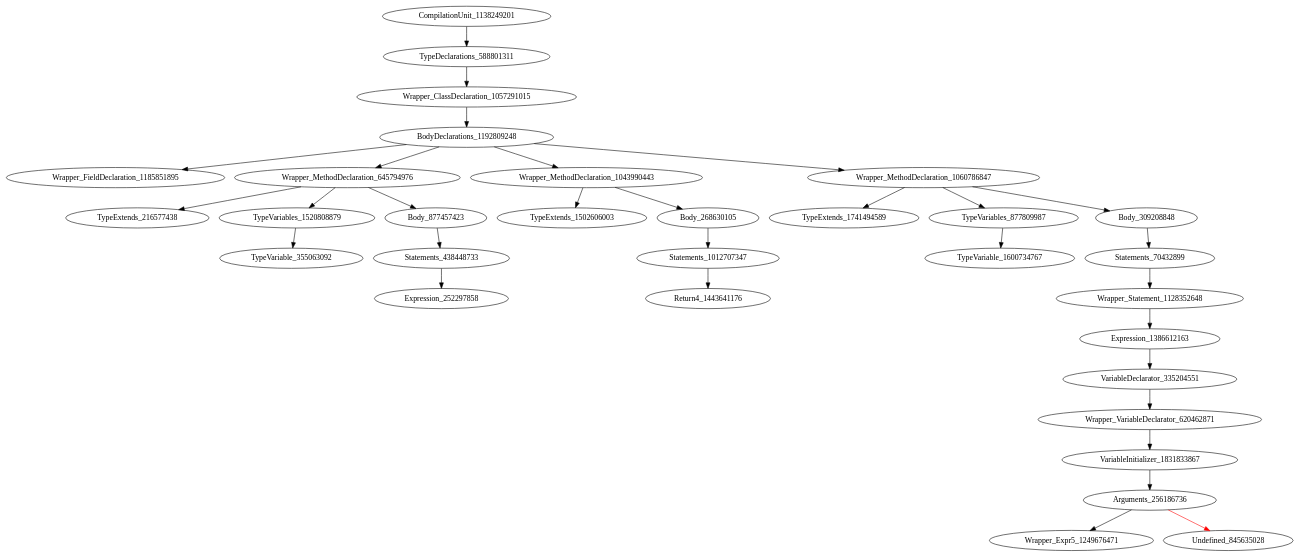
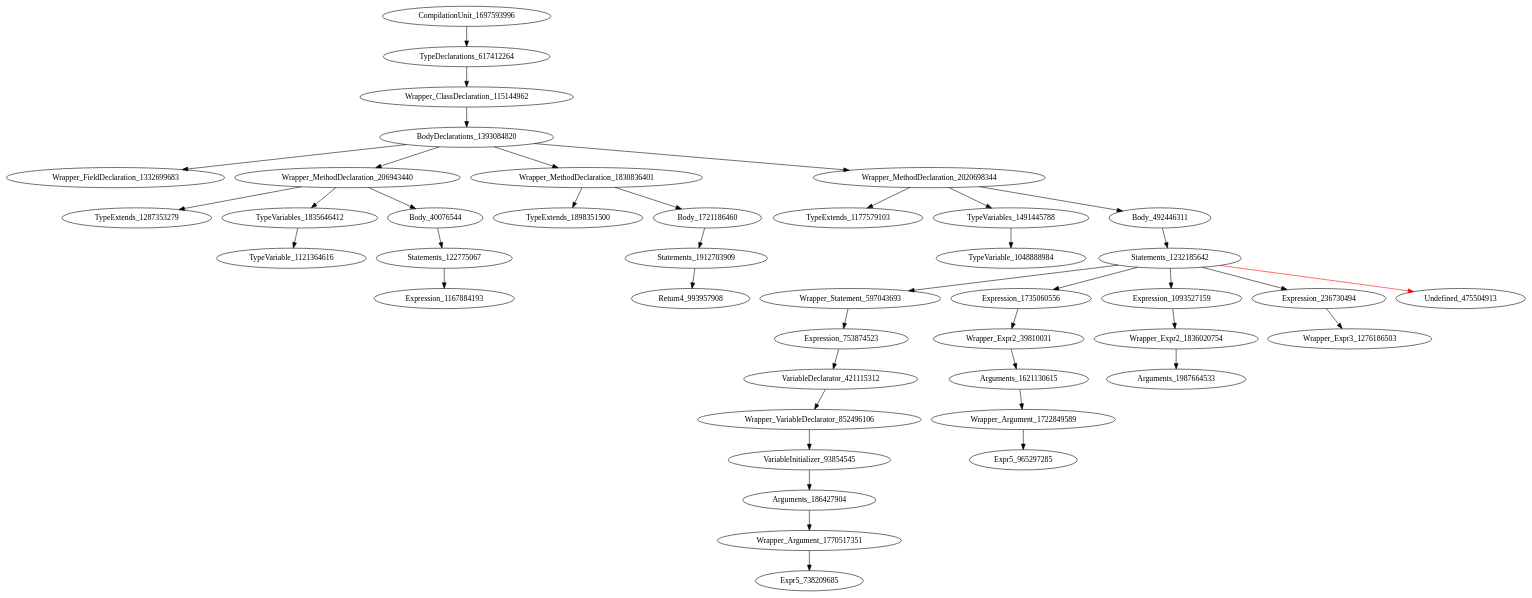
Before and after one commit to icse2023material/VoiceJava: the diagram in holeAST.dot, drawn with Graphviz. The commit also changed 10 other files, not shown here.

Commit message:
[refactor] of return2 expr2 support _ [dot _]* [call _]+

```diff
--- a/holeAST.dot
+++ b/holeAST.dot
@@ -1,32 +1,43 @@
 digraph {
-CompilationUnit_1138249201 -> TypeDeclarations_588801311
-TypeDeclarations_588801311 -> Wrapper_ClassDeclaration_1057291015
-Wrapper_ClassDeclaration_1057291015 -> BodyDeclarations_1192809248
-BodyDeclarations_1192809248 -> Wrapper_FieldDeclaration_1185851895
-BodyDeclarations_1192809248 -> Wrapper_MethodDeclaration_645794976
-BodyDeclarations_1192809248 -> Wrapper_MethodDeclaration_1043990443
-BodyDeclarations_1192809248 -> Wrapper_MethodDeclaration_1060786847
-Wrapper_MethodDeclaration_645794976 -> TypeExtends_216577438
-Wrapper_MethodDeclaration_645794976 -> TypeVariables_1520808879
-Wrapper_MethodDeclaration_645794976 -> Body_877457423
-Wrapper_MethodDeclaration_1043990443 -> TypeExtends_1502606003
-Wrapper_MethodDeclaration_1043990443 -> Body_268630105
-Wrapper_MethodDeclaration_1060786847 -> TypeExtends_1741494589
-Wrapper_MethodDeclaration_1060786847 -> TypeVariables_877809987
-Wrapper_MethodDeclaration_1060786847 -> Body_309208848
-TypeVariables_1520808879 -> TypeVariable_355063092
-Body_877457423 -> Statements_438448733
-Body_268630105 -> Statements_1012707347
-TypeVariables_877809987 -> TypeVariable_1600734767
-Body_309208848 -> Statements_70432899
-Statements_438448733 -> Expression_252297858
-Statements_1012707347 -> Return4_1443641176
-Statements_70432899 -> Wrapper_Statement_1128352648
-Wrapper_Statement_1128352648 -> Expression_1386612163
-Expression_1386612163 -> VariableDeclarator_335204551
-VariableDeclarator_335204551 -> Wrapper_VariableDeclarator_620462871
-Wrapper_VariableDeclarator_620462871 -> VariableInitializer_1831833867
-VariableInitializer_1831833867 -> Arguments_256186736
-Arguments_256186736 -> Wrapper_Expr5_1249676471
-Arguments_256186736 -> Undefined_845635028 [color = red] 
+CompilationUnit_1697593996 -> TypeDeclarations_617412264
+TypeDeclarations_617412264 -> Wrapper_ClassDeclaration_115144962
+Wrapper_ClassDeclaration_115144962 -> BodyDeclarations_1393084820
+BodyDeclarations_1393084820 -> Wrapper_FieldDeclaration_1332699683
+BodyDeclarations_1393084820 -> Wrapper_MethodDeclaration_206943440
+BodyDeclarations_1393084820 -> Wrapper_MethodDeclaration_1830836401
+BodyDeclarations_1393084820 -> Wrapper_MethodDeclaration_2020698344
+Wrapper_MethodDeclaration_206943440 -> TypeExtends_1287353279
+Wrapper_MethodDeclaration_206943440 -> TypeVariables_1835646412
+Wrapper_MethodDeclaration_206943440 -> Body_40076544
+Wrapper_MethodDeclaration_1830836401 -> TypeExtends_1898351500
+Wrapper_MethodDeclaration_1830836401 -> Body_1721186460
+Wrapper_MethodDeclaration_2020698344 -> TypeExtends_1177579103
+Wrapper_MethodDeclaration_2020698344 -> TypeVariables_1491445788
+Wrapper_MethodDeclaration_2020698344 -> Body_492446311
+TypeVariables_1835646412 -> TypeVariable_1121364616
+Body_40076544 -> Statements_122775067
+Body_1721186460 -> Statements_1912703909
+TypeVariables_1491445788 -> TypeVariable_1048888984
+Body_492446311 -> Statements_1232185642
+Statements_122775067 -> Expression_1167884193
+Statements_1912703909 -> Return4_993957908
+Statements_1232185642 -> Wrapper_Statement_597043693
+Statements_1232185642 -> Expression_1735060556
+Statements_1232185642 -> Expression_1093527159
+Statements_1232185642 -> Expression_236730494
+Statements_1232185642 -> Undefined_475504913 [color = red] 
+Wrapper_Statement_597043693 -> Expression_753874523
+Expression_1735060556 -> Wrapper_Expr2_39810031
+Expression_1093527159 -> Wrapper_Expr2_1836020754
+Expression_236730494 -> Wrapper_Expr3_1276186503
+Expression_753874523 -> VariableDeclarator_421115312
+Wrapper_Expr2_39810031 -> Arguments_1621130615
+Wrapper_Expr2_1836020754 -> Arguments_1987664533
+VariableDeclarator_421115312 -> Wrapper_VariableDeclarator_852496106
+Arguments_1621130615 -> Wrapper_Argument_1722849589
+Wrapper_VariableDeclarator_852496106 -> VariableInitializer_93854545
+Wrapper_Argument_1722849589 -> Expr5_965297285
+VariableInitializer_93854545 -> Arguments_186427904
+Arguments_186427904 -> Wrapper_Argument_1770517351
+Wrapper_Argument_1770517351 -> Expr5_738209685
 }
```
